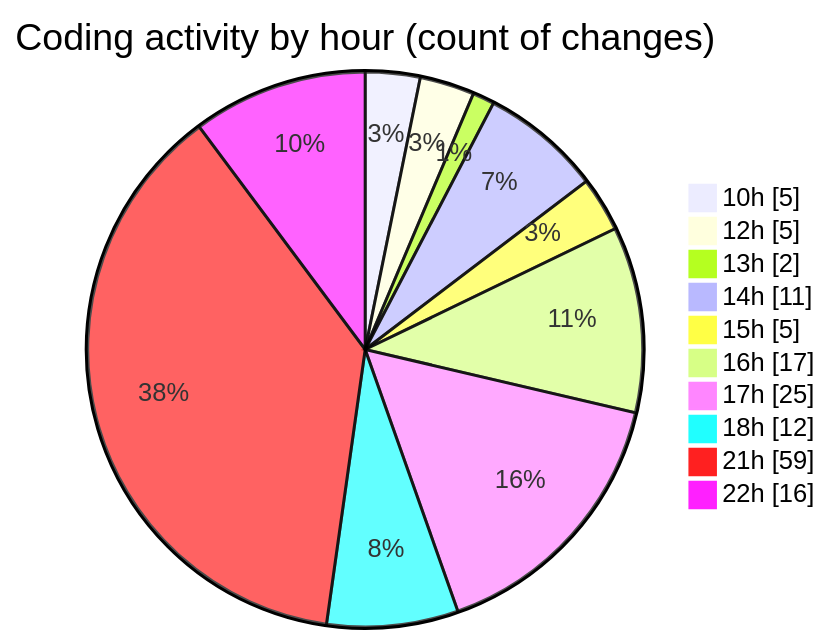
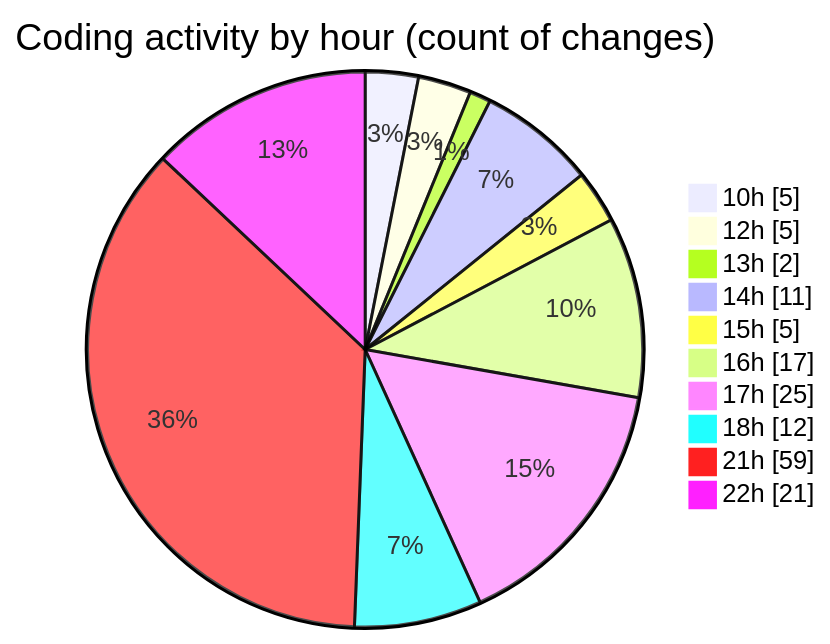
The second of 2 diagrams in 2025-07-07/urlwebwala_intership_work/README.md (Ritupan-Deka/code-tracking), drawn with Mermaid before and after one commit. The commit also changed other lines of this file and 1 other file, not shown here.

````diff
--- a/2025-07-07/urlwebwala_intership_work/README.md
+++ b/2025-07-07/urlwebwala_intership_work/README.md
@@ -34,14 +34,14 @@
 ```mermaid
 pie showData
 title Coding activity by hour (count of changes)
 "10h" : 5
 "12h" : 5
 "13h" : 2
 "14h" : 11
 "15h" : 5
 "16h" : 17
 "17h" : 25
 "18h" : 12
 "21h" : 59
-"22h" : 16
+"22h" : 21
 ```
````
